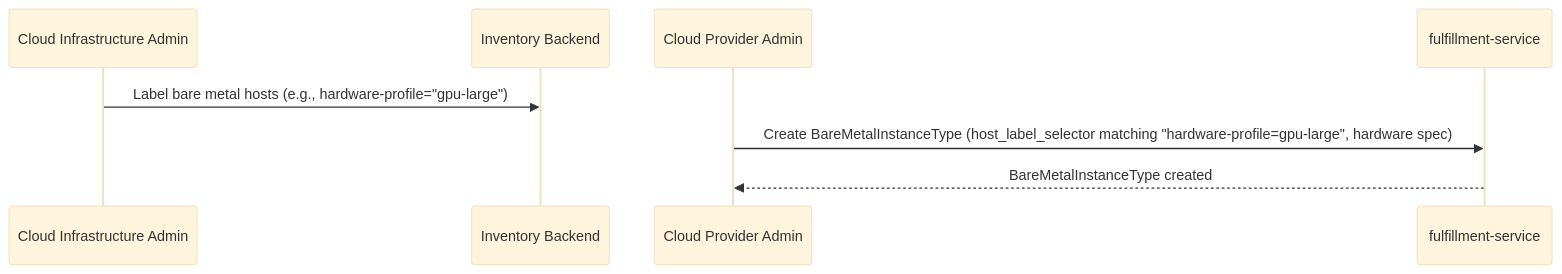
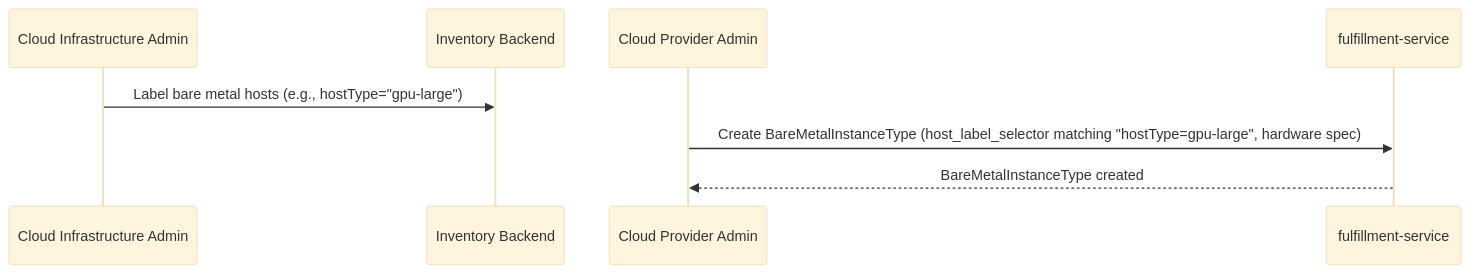
The first of 2 diagrams in enhancements/OSAC-1201-baremetal-instance-types/design.md (osac-project/enhancement-proposals), drawn with Mermaid (base theme) before and after one commit. The commit also changed other lines of this file, not shown here.

First line of the commit message:
OSAC-1201: Define BareMetalLabelSelector to map[string]string conversion

````diff
--- a/enhancements/OSAC-1201-baremetal-instance-types/design.md
+++ b/enhancements/OSAC-1201-baremetal-instance-types/design.md
@@ -62,11 +62,11 @@
 ```mermaid
 sequenceDiagram
     participant CloudInfra as Cloud Infrastructure Admin
     participant Inventory as Inventory Backend
     participant CloudProvider as Cloud Provider Admin
     participant FS as fulfillment-service
 
-    CloudInfra->>Inventory: Label bare metal hosts (e.g., hardware-profile="gpu-large")
-    CloudProvider->>FS: Create BareMetalInstanceType (host_label_selector matching "hardware-profile=gpu-large", hardware spec)
+    CloudInfra->>Inventory: Label bare metal hosts (e.g., hostType="gpu-large")
+    CloudProvider->>FS: Create BareMetalInstanceType (host_label_selector matching "hostType=gpu-large", hardware spec)
     FS-->>CloudProvider: BareMetalInstanceType created
 ```
````
